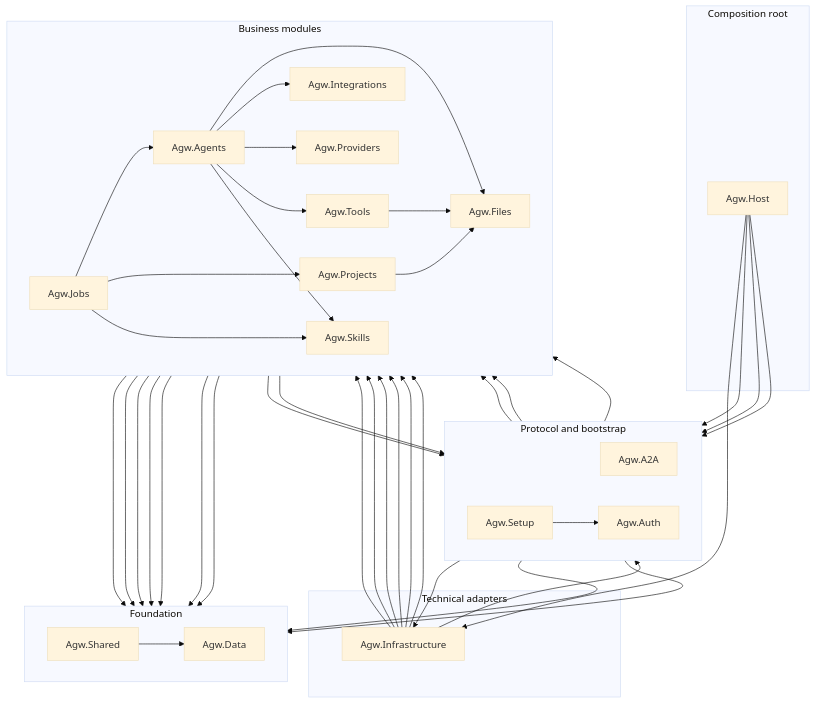
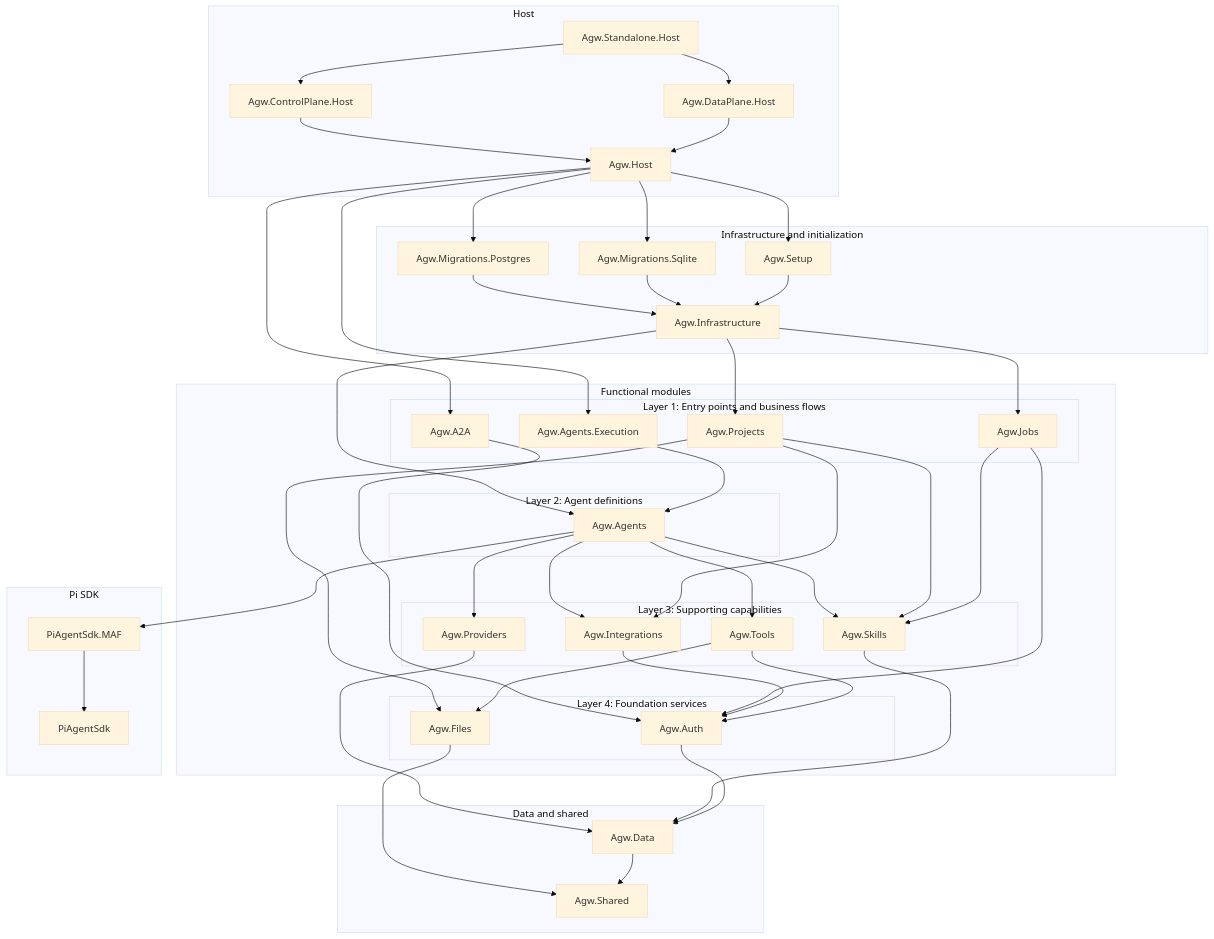
The diagram in README.md (zxyao145/agw), drawn with Mermaid (base theme) before and after one commit. The commit also changed other lines of this file and 1 other file, not shown here.

Commit message:
docs: simplify and layer readme dependency diagrams

````diff
--- a/README.md
+++ b/README.md
@@ -308,84 +308,75 @@
 ```mermaid
 flowchart TB
-    subgraph Composition["Composition root"]
-        HOST["Agw.Host"]
+    subgraph hosts["Host"]
+        agwStandaloneHost["Agw.Standalone.Host"]
+        agwControlPlaneHost["Agw.ControlPlane.Host"]
+        agwDataPlaneHost["Agw.DataPlane.Host"]
+        agwHost["Agw.Host"]
     end
 
-    subgraph Boundaries["Protocol and bootstrap"]
-        direction LR
-        A2A["Agw.A2A"]
-        AUTH["Agw.Auth"]
-        SETUP["Agw.Setup"]
+    subgraph persistence["Infrastructure and initialization"]
+        agwInfrastructure["Agw.Infrastructure"]
+        agwMigrationsPostgres["Agw.Migrations.Postgres"]
+        agwMigrationsSqlite["Agw.Migrations.Sqlite"]
+        agwSetup["Agw.Setup"]
     end
 
-    subgraph Adapters["Technical adapters"]
-        INFRA["Agw.Infrastructure"]
+    subgraph modules["Functional modules"]
+        subgraph entryLayer["Layer 1: Entry points and business flows"]
+            agwA2A["Agw.A2A"]
+            agwAgentsExecution["Agw.Agents.Execution"]
+            agwProjects["Agw.Projects"]
+            agwJobs["Agw.Jobs"]
+        end
+
+        subgraph definitionLayer["Layer 2: Agent definitions"]
+            agwAgents["Agw.Agents"]
+        end
+
+        subgraph capabilityLayer["Layer 3: Supporting capabilities"]
+            agwIntegrations["Agw.Integrations"]
+            agwProviders["Agw.Providers"]
+            agwTools["Agw.Tools"]
+            agwSkills["Agw.Skills"]
+        end
+
+        subgraph serviceLayer["Layer 4: Foundation services"]
+            agwAuth["Agw.Auth"]
+            agwFiles["Agw.Files"]
+        end
     end
 
-    subgraph Core["Business modules"]
-        direction LR
-        AGENTS["Agw.Agents"]
-        JOBS["Agw.Jobs"]
-        PROJECTS["Agw.Projects"]
-        PROVIDERS["Agw.Providers"]
-        INTEGRATIONS["Agw.Integrations"]
-        SKILLS["Agw.Skills"]
-        TOOLS["Agw.Tools"]
-        FILES["Agw.Files"]
+    subgraph foundation["Data and shared"]
+        agwData["Agw.Data"]
+        agwShared["Agw.Shared"]
     end
 
-    subgraph Foundation["Foundation"]
-        direction LR
-        SHARED["Agw.Shared"]
-        DATA["Agw.Data"]
+    subgraph sdk["Pi SDK"]
+        piAgentSdkMAF["PiAgentSdk.MAF"]
+        piAgentSdk["PiAgentSdk"]
     end
 
-    HOST --> A2A
-    HOST --> AUTH
-    HOST --> INFRA
-    HOST --> SETUP
-
-    SETUP --> AUTH
-    SETUP --> INFRA
-    SETUP --> SHARED
-    SETUP --> SKILLS
-
-    A2A --> AGENTS
-    A2A --> PROJECTS
-
-    INFRA --> AGENTS
-    INFRA --> AUTH
-    INFRA --> INTEGRATIONS
-    INFRA --> PROVIDERS
-    INFRA --> PROJECTS
-    INFRA --> SKILLS
-    INFRA --> JOBS
-
-    SKILLS --> SHARED
-    JOBS --> AGENTS
-    JOBS --> PROJECTS
-    JOBS --> SHARED
-    JOBS --> SKILLS
-
-    AGENTS --> AUTH
-    AGENTS --> FILES
-    AGENTS --> INTEGRATIONS
-    AGENTS --> PROVIDERS
-    AGENTS --> TOOLS
-    AGENTS --> SHARED
-    AGENTS --> SKILLS
-
-    PROJECTS --> FILES
-    PROJECTS --> SHARED
-    TOOLS --> AUTH
-    TOOLS --> FILES
-    TOOLS --> SHARED
-
-    AUTH --> SHARED
-    INTEGRATIONS --> SHARED
-    PROVIDERS --> SHARED
-
-    %% Layout only: keep the foundation below the business modules.
-    FILES ~~~ SHARED
-    SHARED --> DATA
+    agwStandaloneHost --> agwControlPlaneHost & agwDataPlaneHost
+    agwControlPlaneHost --> agwHost
+    agwDataPlaneHost --> agwHost
+    agwHost --> agwMigrationsPostgres & agwMigrationsSqlite & agwSetup & agwAgentsExecution
+    agwHost --> agwA2A
+    agwInfrastructure --> agwAgents & agwProjects & agwJobs
+    agwMigrationsPostgres --> agwInfrastructure
+    agwMigrationsSqlite --> agwInfrastructure
+    agwSetup --> agwInfrastructure
+    agwAgentsExecution --> agwAgents
+    agwAgents --> agwIntegrations & agwProviders & agwTools & agwSkills
+    agwAgents --> piAgentSdkMAF
+    agwA2A --> agwAuth
+    agwProjects --> agwIntegrations & agwSkills & agwFiles
+    agwJobs --> agwSkills & agwAuth
+    agwIntegrations --> agwAuth
+    agwProviders --> agwData
+    agwTools --> agwFiles & agwAuth
+    agwSkills --> agwData
+    agwFiles --> agwShared
+    agwAuth --> agwData
+    agwData --> agwShared
+    piAgentSdkMAF --> piAgentSdk
 ```
````
